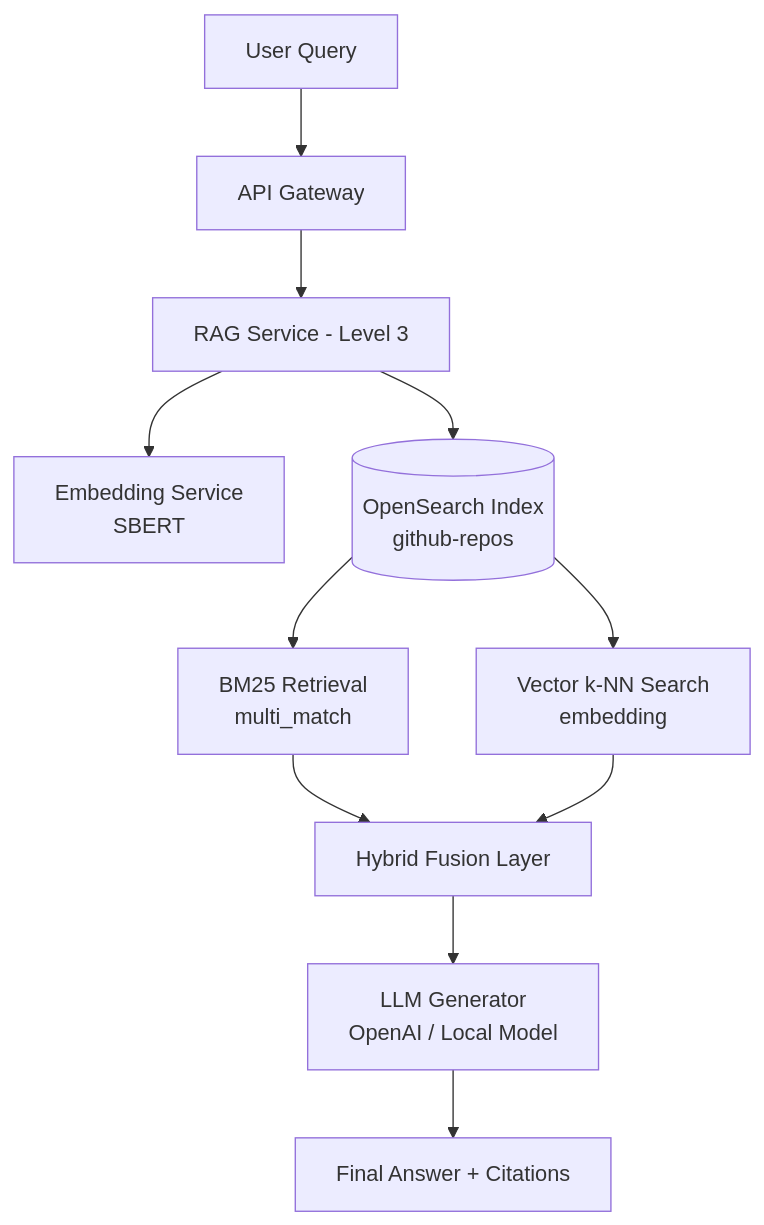
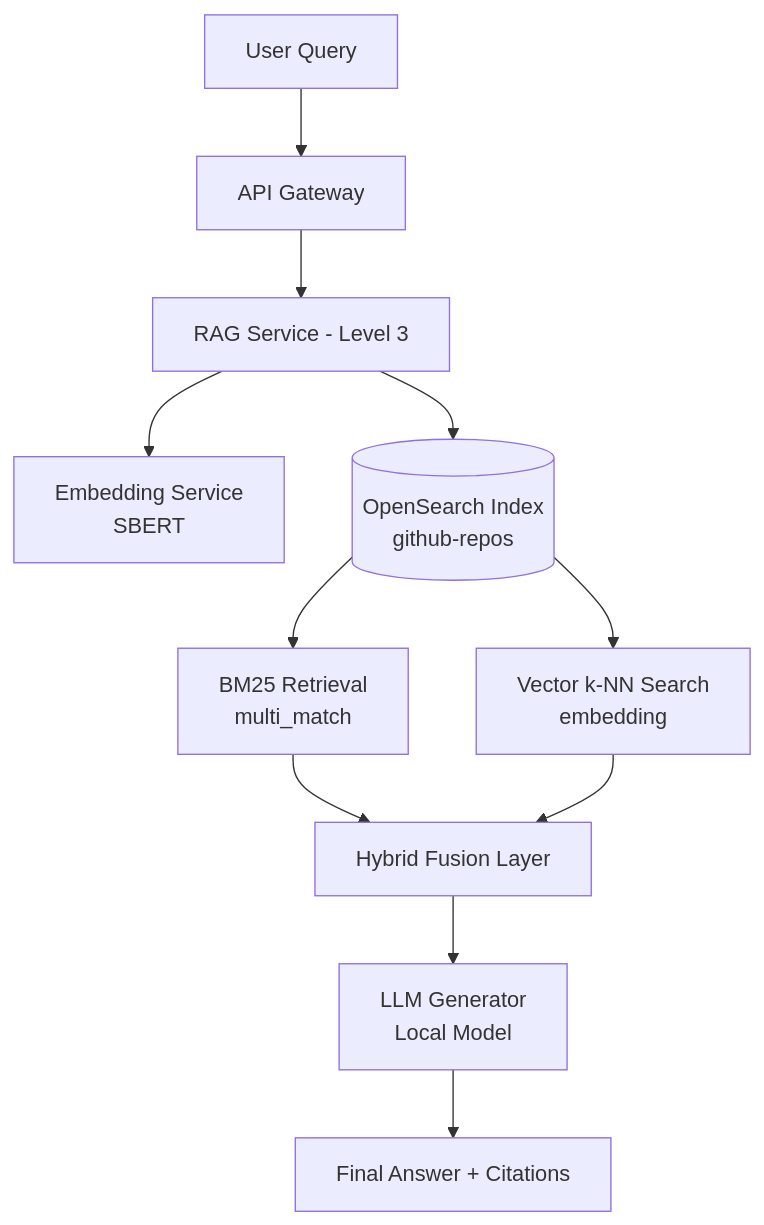
Before and after one commit to eyespan/ai-analytics-copilot: the first of 3 diagrams in DESIGN_LEVEL3.md, drawn with Mermaid. The commit also changed other lines of this file, not shown here.

````diff
--- a/DESIGN_LEVEL3.md
+++ b/DESIGN_LEVEL3.md
@@ -30,19 +30,19 @@
 ```mermaid
 flowchart TD
     U[User Query] --> API[API Gateway]
     API --> RAG[RAG Service - Level 3]
 
     RAG --> EMB[Embedding Service<br/>SBERT]
 
     RAG --> OS[(OpenSearch Index<br/>github-repos)]
 
     OS --> BM25[BM25 Retrieval<br/>multi_match]
     OS --> VEC[Vector k-NN Search<br/>embedding]
 
     BM25 --> FUSE[Hybrid Fusion Layer]
     VEC --> FUSE
 
-    FUSE --> LLM[LLM Generator<br/>OpenAI / Local Model]
+    FUSE --> LLM[LLM Generator<br/> Local Model]
 
     LLM --> OUT[Final Answer + Citations]
 ```
````
